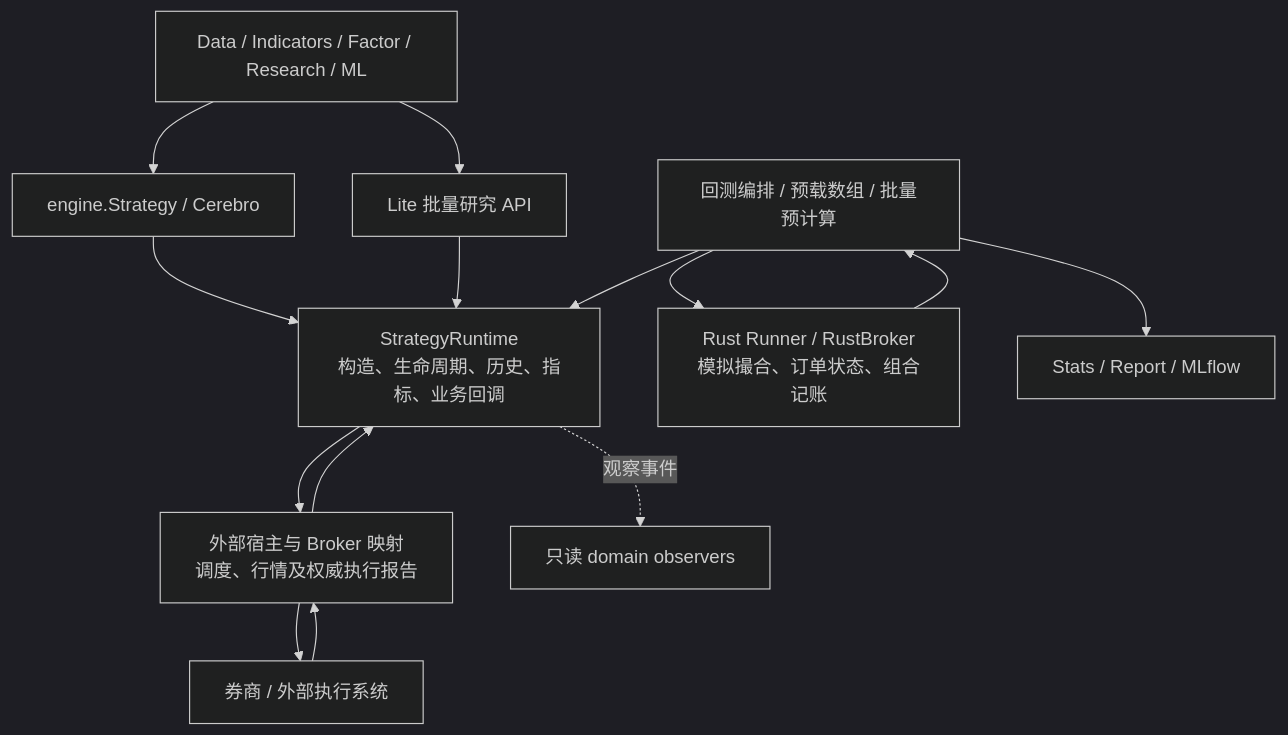
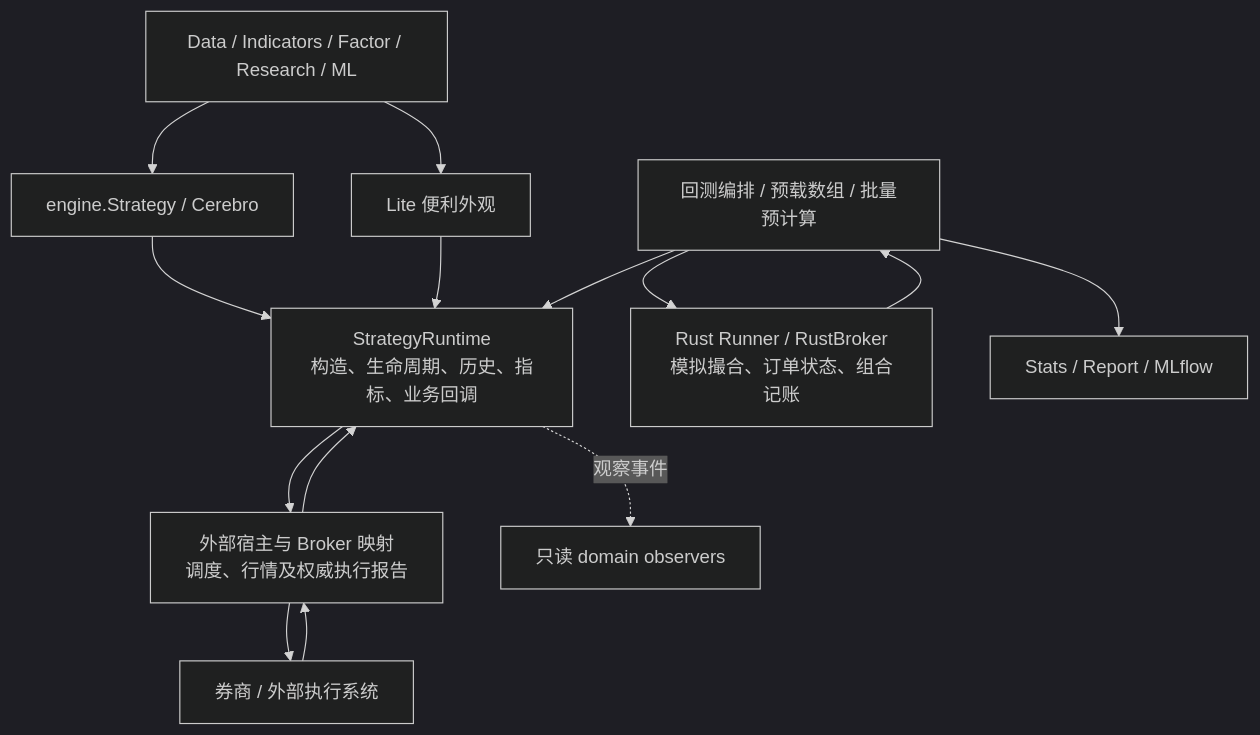
Before and after one commit to MuuYesen/trade-learn: the diagram in docs/concepts/architecture.md, drawn with Mermaid (dark theme). The commit also changed other lines of this file and 45 other files, not shown here.

````diff
--- a/docs/concepts/architecture.md
+++ b/docs/concepts/architecture.md
@@ -13,26 +13,26 @@
 ```mermaid
 flowchart TB
     engine[engine.Strategy / Cerebro]
-    lite[Lite 批量研究 API]
+    lite[Lite 便利外观]
     research[Data / Indicators / Factor / Research / ML]
     runtime[StrategyRuntime<br/>构造、生命周期、历史、指标、业务回调]
     backtest[回测编排 / 预载数组 / 批量预计算]
     rust[Rust Runner / RustBroker<br/>模拟撮合、订单状态、组合记账]
     external[外部宿主与 Broker 映射<br/>调度、行情及权威执行报告]
     venue[券商 / 外部执行系统]
     observer[只读 domain observers]
     report[Stats / Report / MLflow]
     research --> engine
     research --> lite
     engine --> runtime
     lite --> runtime
     backtest --> runtime
     backtest --> rust
     rust --> backtest
     external --> runtime
     runtime --> external
     external --> venue
     venue --> external
     runtime -.观察事件.-> observer
     backtest --> report
 ```
````
